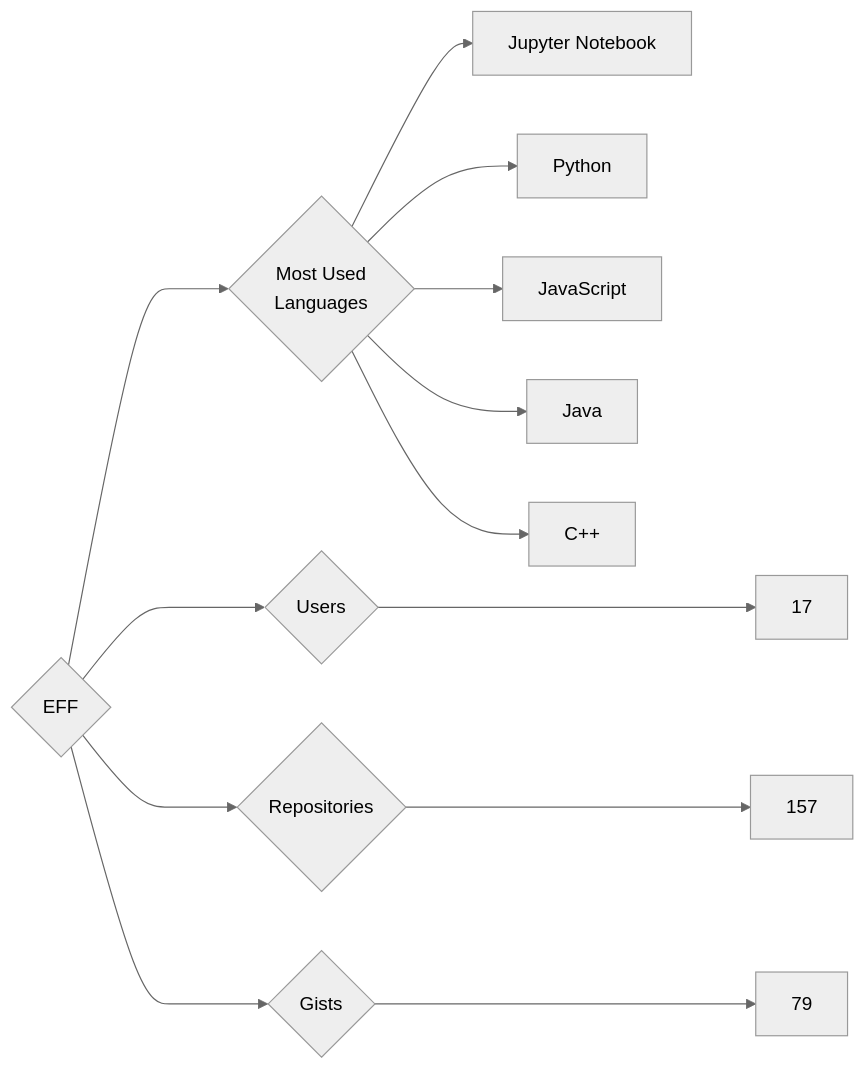
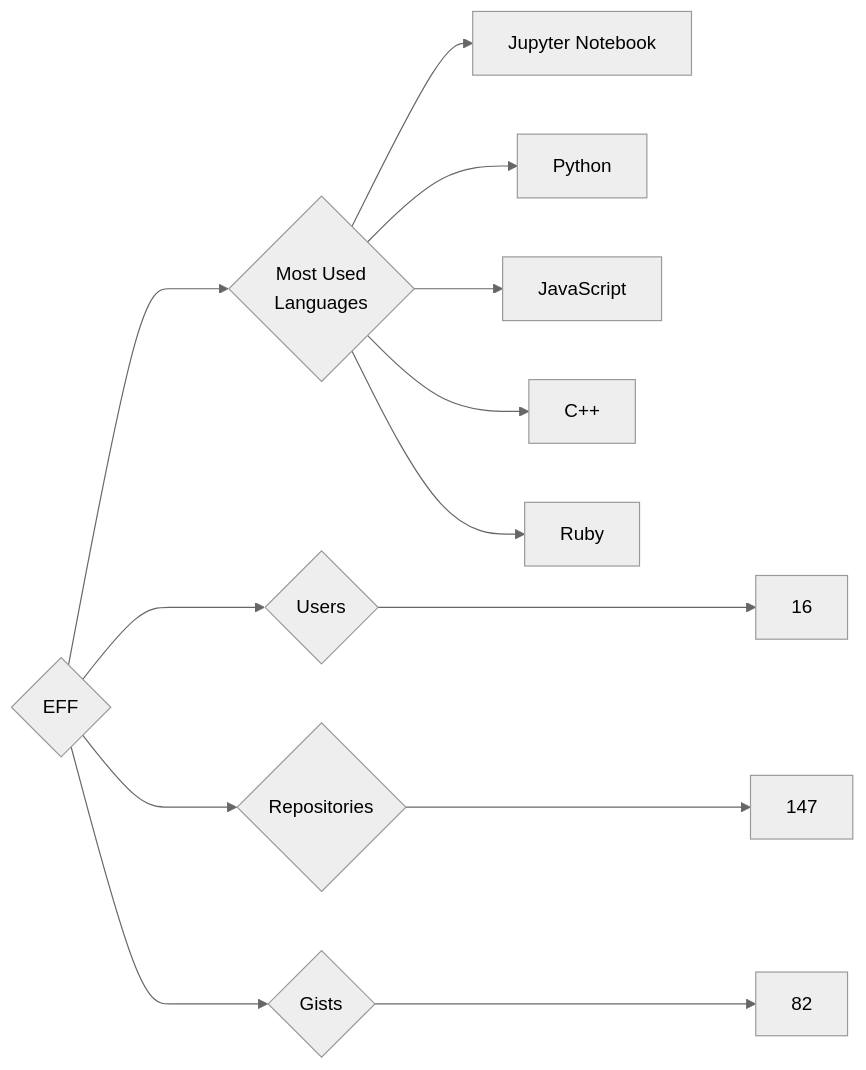
Before and after one commit to trickest/insiders: the diagram in targets/EFF/README.md, drawn with Mermaid (neutral theme). The commit also changed 951 other files, not shown here.

````diff
--- a/targets/EFF/README.md
+++ b/targets/EFF/README.md
@@ -3,13 +3,13 @@
 ```mermaid
 graph LR
 COMPANY_NAME{EFF}
-COMPANY_NAME ---> U{Users} ---> UN[17]
-COMPANY_NAME ---> R{Repositories} ---> RN[157]
-COMPANY_NAME ---> G{Gists} ---> GN[79]
+COMPANY_NAME ---> U{Users} ---> UN[16]
+COMPANY_NAME ---> R{Repositories} ---> RN[147]
+COMPANY_NAME ---> G{Gists} ---> GN[82]
 COMPANY_NAME ---> ML{Most Used<br>Languages}
 ML --> Jupyter_Notebook[Jupyter Notebook]
 ML --> Python[Python]
 ML --> JavaScript[JavaScript]
-ML --> Java[Java]
 ML --> C++[C++]
+ML --> Ruby[Ruby]
 ```
````
